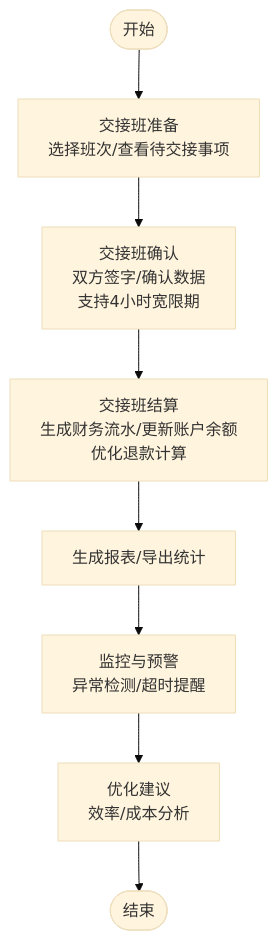
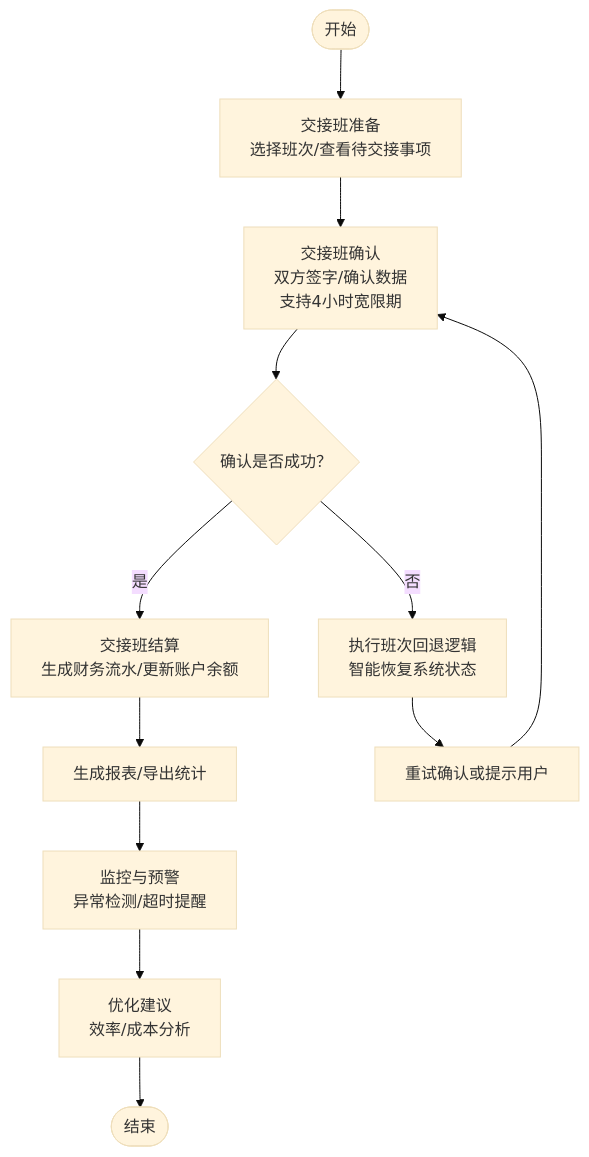
The third of 13 diagrams in .qoder/repowiki/zh/content/业务模块/运营管理模块/交接班管理.md (rc558620/purelyprofit-server), drawn with Mermaid (base theme) before and after one commit. The commit also changed other lines of this file and 10 other files, not shown here.

````diff
--- a/.qoder/repowiki/zh/content/业务模块/运营管理模块/交接班管理.md
+++ b/.qoder/repowiki/zh/content/业务模块/运营管理模块/交接班管理.md
@@ -240,10 +247,14 @@
 ```mermaid
 flowchart TD
 Start(["开始"]) --> Prepare["交接班准备<br/>选择班次/查看待交接事项"]
 Prepare --> Confirm["交接班确认<br/>双方签字/确认数据<br/>支持4小时宽限期"]
-Confirm --> Settle["交接班结算<br/>生成财务流水/更新账户余额<br/>优化退款计算"]
+Confirm --> Fallback{"确认是否成功？"}
+Fallback --> |是| Settle["交接班结算<br/>生成财务流水/更新账户余额"]
+Fallback --> |否| HandleFallback["执行班次回退逻辑<br/>智能恢复系统状态"]
+HandleFallback --> Retry["重试确认或提示用户"]
+Retry --> Confirm
 Settle --> Report["生成报表/导出统计"]
 Report --> Monitor["监控与预警<br/>异常检测/超时提醒"]
 Monitor --> Optimize["优化建议<br/>效率/成本分析"]
 Optimize --> End(["结束"])
 ```
````
